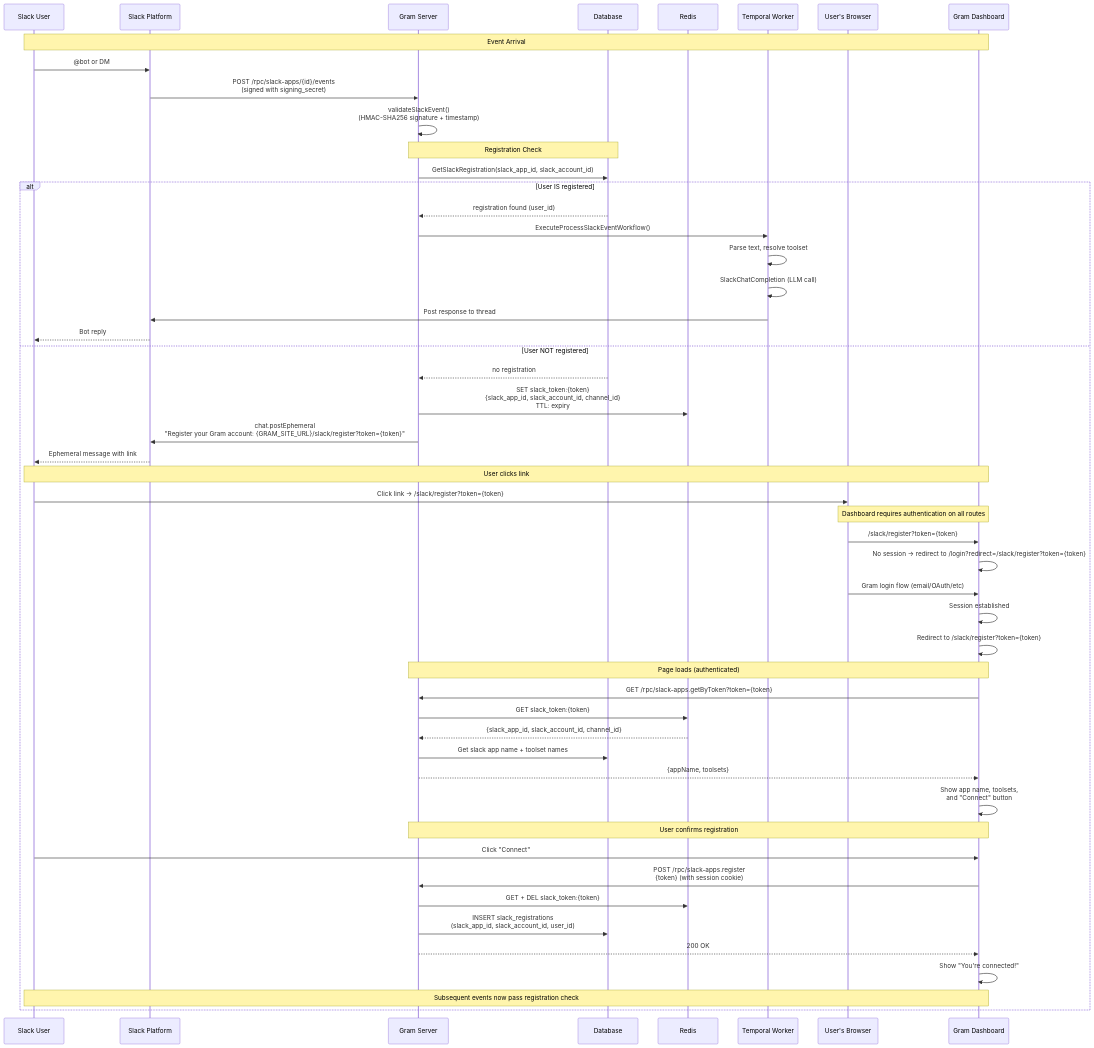
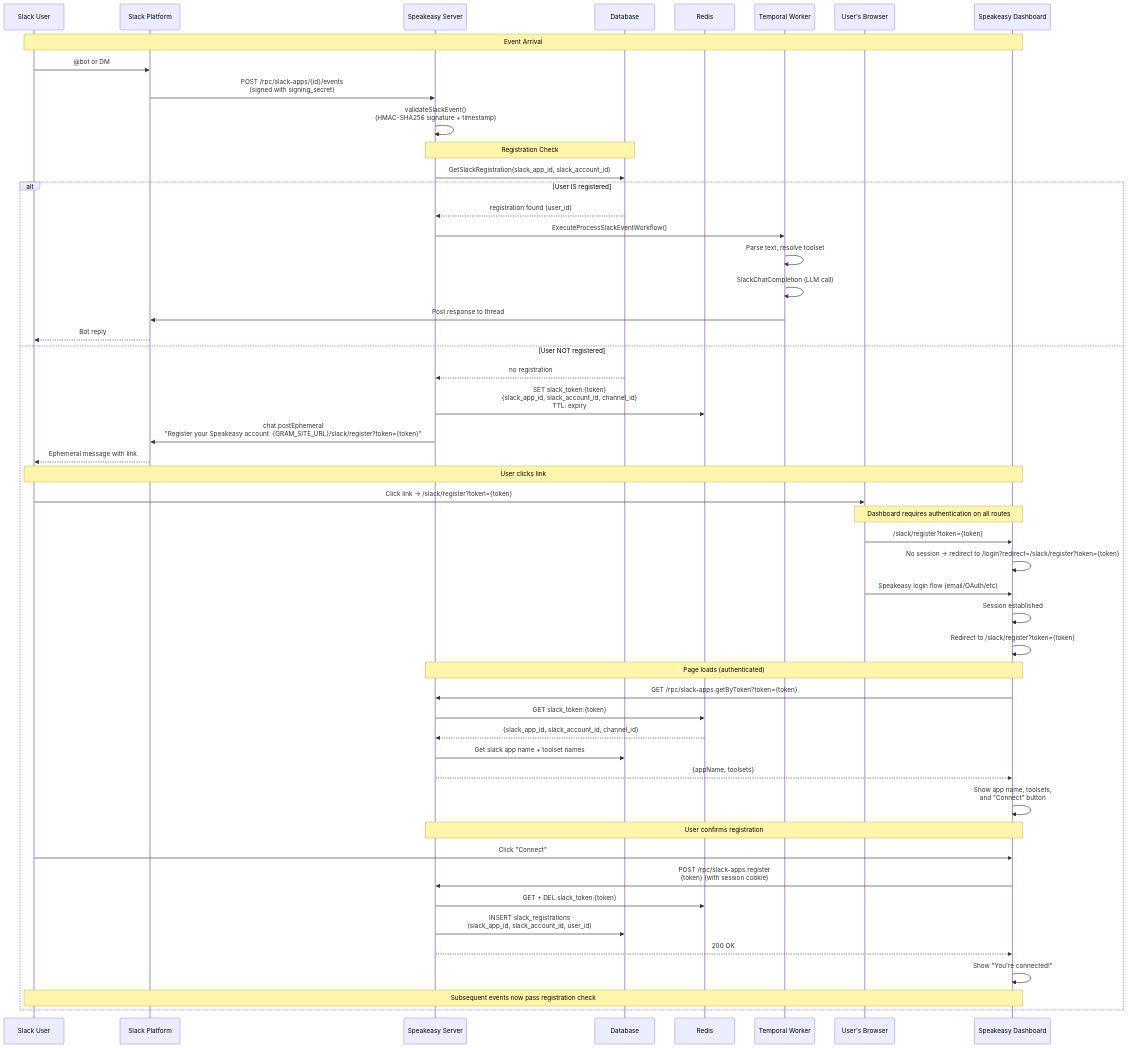
Before and after one commit to speakeasy-api/gram: the diagram in docs/slack-event-user-auth.mermaid, drawn with Mermaid. The commit also changed 1318 other files, not shown here.

Commit message:
chore: rename user-facing Gram text to Speakeasy

```diff
--- a/docs/slack-event-user-auth.mermaid
+++ b/docs/slack-event-user-auth.mermaid
@@ -1,61 +1,61 @@
 sequenceDiagram
     participant SlackUser as Slack User
     participant Slack as Slack Platform
-    participant API as Gram Server
+    participant API as Speakeasy Server
     participant DB as Database
     participant Redis as Redis
     participant Temporal as Temporal Worker
     participant Browser as User's Browser
-    participant Dashboard as Gram Dashboard
+    participant Dashboard as Speakeasy Dashboard
 
     Note over SlackUser,Dashboard: Event Arrival
     SlackUser->>Slack: @bot or DM
     Slack->>API: POST /rpc/slack-apps/{id}/events<br/>(signed with signing_secret)
     API->>API: validateSlackEvent()<br/>(HMAC-SHA256 signature + timestamp)
 
     Note over API,DB: Registration Check
     API->>DB: GetSlackRegistration(slack_app_id, slack_account_id)
 
     alt User IS registered
         DB-->>API: registration found (user_id)
         API->>Temporal: ExecuteProcessSlackEventWorkflow()
         Temporal->>Temporal: Parse text, resolve toolset
         Temporal->>Temporal: SlackChatCompletion (LLM call)
         Temporal->>Slack: Post response to thread
         Slack-->>SlackUser: Bot reply
 
     else User NOT registered
         DB-->>API: no registration
         API->>Redis: SET slack_token:{token}<br/>{slack_app_id, slack_account_id, channel_id}<br/>TTL: expiry
-        API->>Slack: chat.postEphemeral<br/>"Register your Gram account: {GRAM_SITE_URL}/slack/register?token={token}"
+        API->>Slack: chat.postEphemeral<br/>"Register your Speakeasy account: {GRAM_SITE_URL}/slack/register?token={token}"
         Slack-->>SlackUser: Ephemeral message with link
 
         Note over SlackUser,Dashboard: User clicks link
 
         SlackUser->>Browser: Click link → /slack/register?token={token}
 
         Note over Browser,Dashboard: Dashboard requires authentication on all routes
         Browser->>Dashboard: /slack/register?token={token}
         Dashboard->>Dashboard: No session → redirect to /login?redirect=/slack/register?token={token}
-        Browser->>Dashboard: Gram login flow (email/OAuth/etc)
+        Browser->>Dashboard: Speakeasy login flow (email/OAuth/etc)
         Dashboard->>Dashboard: Session established
         Dashboard->>Dashboard: Redirect to /slack/register?token={token}
 
         Note over Dashboard,API: Page loads (authenticated)
         Dashboard->>API: GET /rpc/slack-apps.getByToken?token={token}
         API->>Redis: GET slack_token:{token}
         Redis-->>API: {slack_app_id, slack_account_id, channel_id}
         API->>DB: Get slack app name + toolset names
         API-->>Dashboard: {appName, toolsets}
         Dashboard->>Dashboard: Show app name, toolsets,<br/>and "Connect" button
 
         Note over Dashboard,API: User confirms registration
         SlackUser->>Dashboard: Click "Connect"
         Dashboard->>API: POST /rpc/slack-apps.register<br/>{token} (with session cookie)
         API->>Redis: GET + DEL slack_token:{token}
         API->>DB: INSERT slack_registrations<br/>(slack_app_id, slack_account_id, user_id)
         API-->>Dashboard: 200 OK
         Dashboard->>Dashboard: Show "You're connected!"
 
         Note over SlackUser,Dashboard: Subsequent events now pass registration check
     end
```
